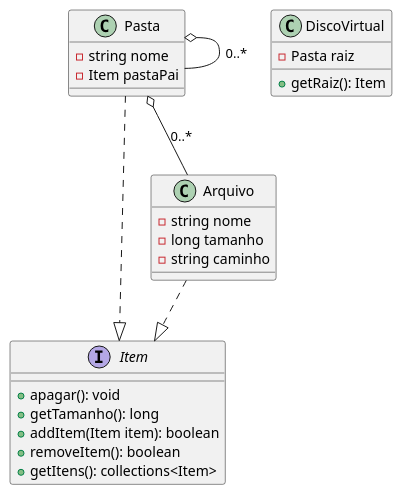
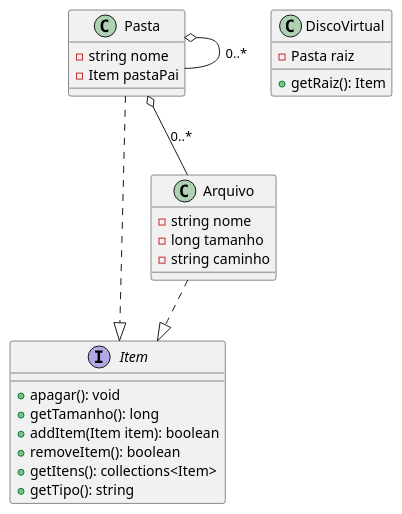
One commit to nathan-kos/Teste changed the diagram in DiagramaClasses.plantuml. Above: the diagram before and after it, drawn with PlantUML.

Commit message:
feat: tipo no diagrama de classe

```diff
--- a/DiagramaClasses.plantuml
+++ b/DiagramaClasses.plantuml
@@ -1,34 +1,35 @@
 @startuml disco_virtual
 
     interface Item{
         + apagar(): void
         + getTamanho(): long
         + addItem(Item item): boolean
         + removeItem(): boolean
         + getItens(): collections<Item>
+        + getTipo(): string
     }
 
     class Pasta{
         - string nome 
         - Item pastaPai
     }
 
     class Arquivo{
         - string nome
         - long tamanho
         - string caminho
     }
 
     class DiscoVirtual{
         - Pasta raiz
         + getRaiz(): Item
     }
 
     Pasta ..|>  Item
     Arquivo ..|>  Item
 
     
     Pasta o-- Arquivo: 0..*
     Pasta  o--  Pasta: 0..*
 
 @enduml
```
